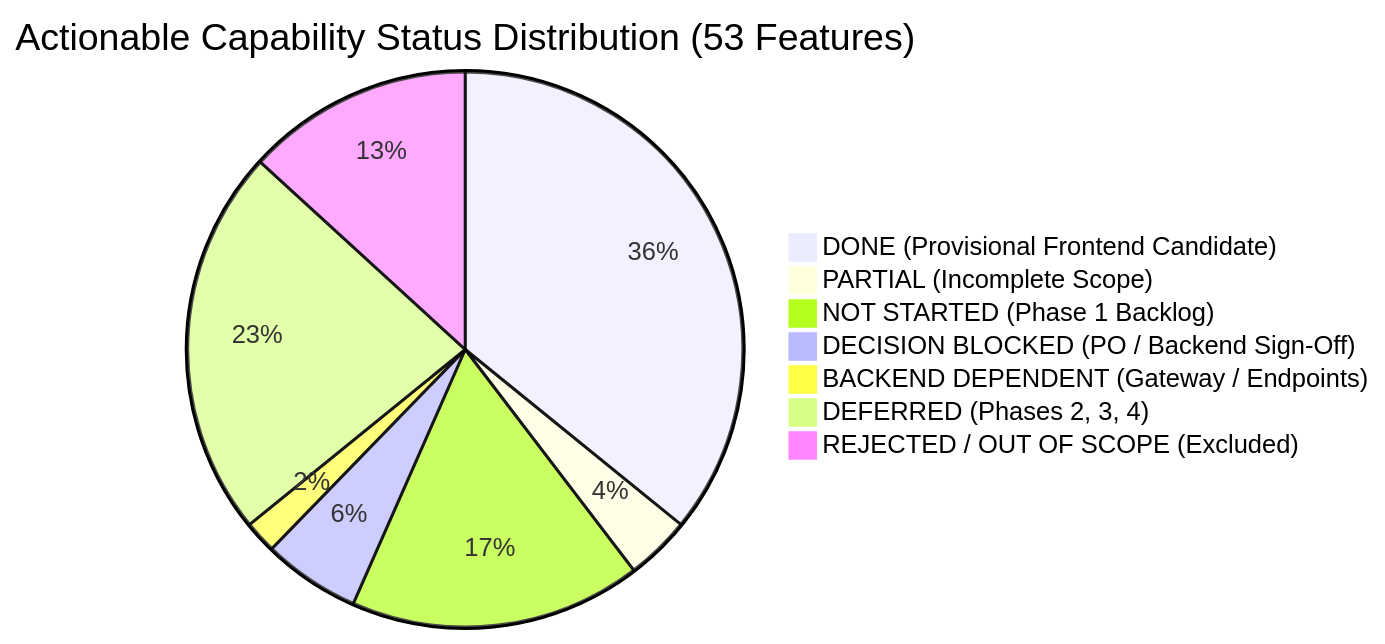
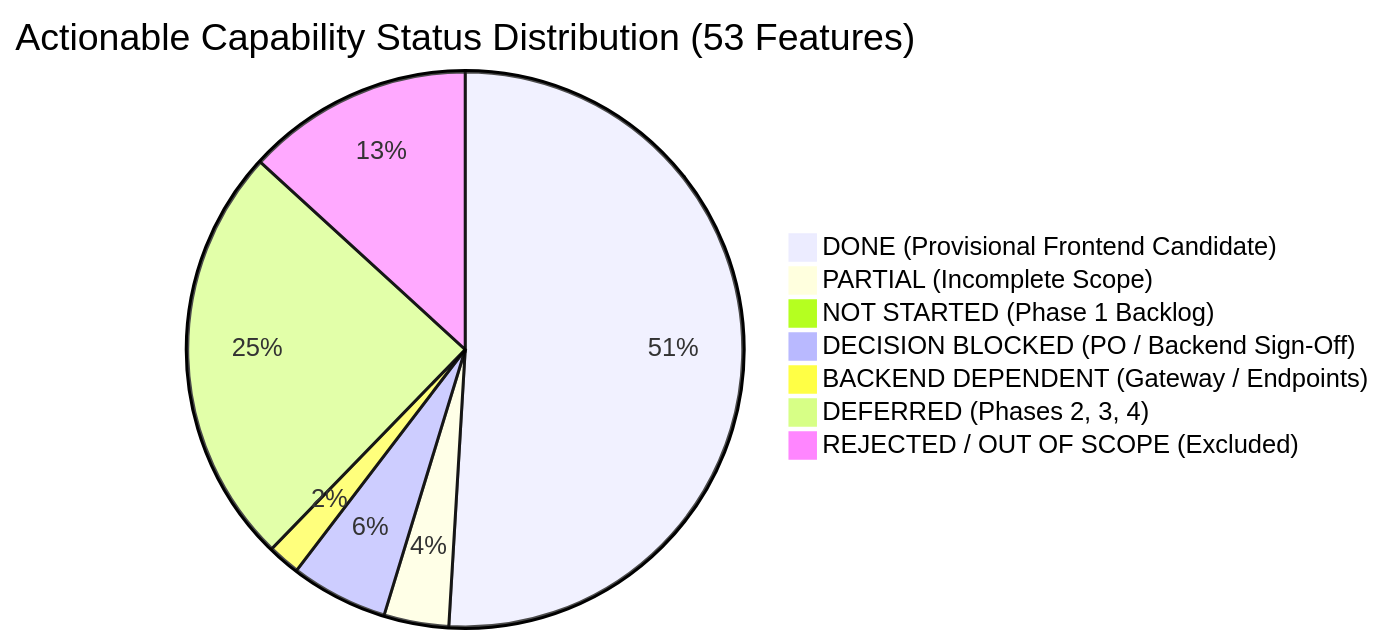
The first of 2 diagrams in docs/04-implementation/sonder-frontend-completion-tracker.md (Samudra-Bose/sonder), drawn with Mermaid before and after one commit. The commit also changed other lines of this file and 9 other files, not shown here.

Commit message:
fix(governance): harden audit authorization, sanitize metadata, and reconcile m1.3 roadmap (VS-09K)

````diff
--- a/docs/04-implementation/sonder-frontend-completion-tracker.md
+++ b/docs/04-implementation/sonder-frontend-completion-tracker.md
@@ -88,10 +88,10 @@
 ```mermaid
 pie title Actionable Capability Status Distribution (53 Features)
-    "DONE (Provisional Frontend Candidate)" : 19
+    "DONE (Provisional Frontend Candidate)" : 27
     "PARTIAL (Incomplete Scope)" : 2
-    "NOT STARTED (Phase 1 Backlog)" : 9
+    "NOT STARTED (Phase 1 Backlog)" : 0
     "DECISION BLOCKED (PO / Backend Sign-Off)" : 3
     "BACKEND DEPENDENT (Gateway / Endpoints)" : 1
-    "DEFERRED (Phases 2, 3, 4)" : 12
+    "DEFERRED (Phases 2, 3, 4)" : 13
     "REJECTED / OUT OF SCOPE (Excluded)" : 7
 ```
````
